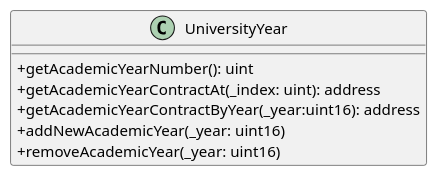
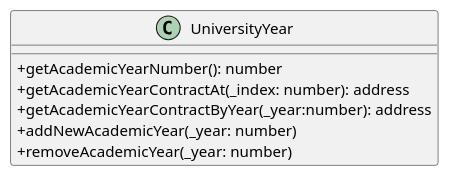
Before and after one commit to M9k/Marvin-Uml: the diagram in web3function/file/UniversityYear.iuml, drawn with PlantUML. The commit also changed 13 other files, not shown here.

```diff
--- a/web3function/file/UniversityYear.iuml
+++ b/web3function/file/UniversityYear.iuml
@@ -1,10 +1,10 @@
 @startuml
 skinparam classAttributeIconSize 0
 class UniversityYear {
-+ getAcademicYearNumber(): uint
-+ getAcademicYearContractAt(_index: uint): address
-+ getAcademicYearContractByYear(_year:uint16): address
-+ addNewAcademicYear(_year: uint16)
-+ removeAcademicYear(_year: uint16)
++ getAcademicYearNumber(): number
++ getAcademicYearContractAt(_index: number): address
++ getAcademicYearContractByYear(_year:number): address
++ addNewAcademicYear(_year: number)
++ removeAcademicYear(_year: number)
 }
 @enduml
```
